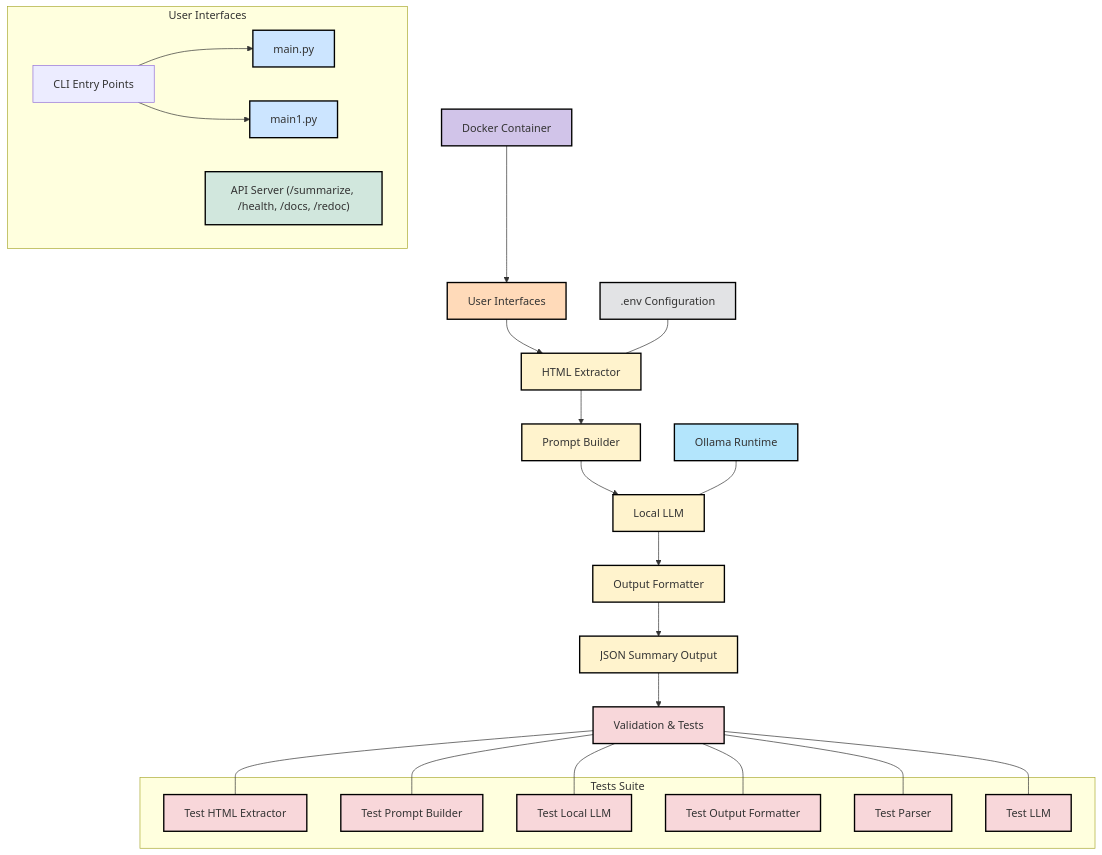
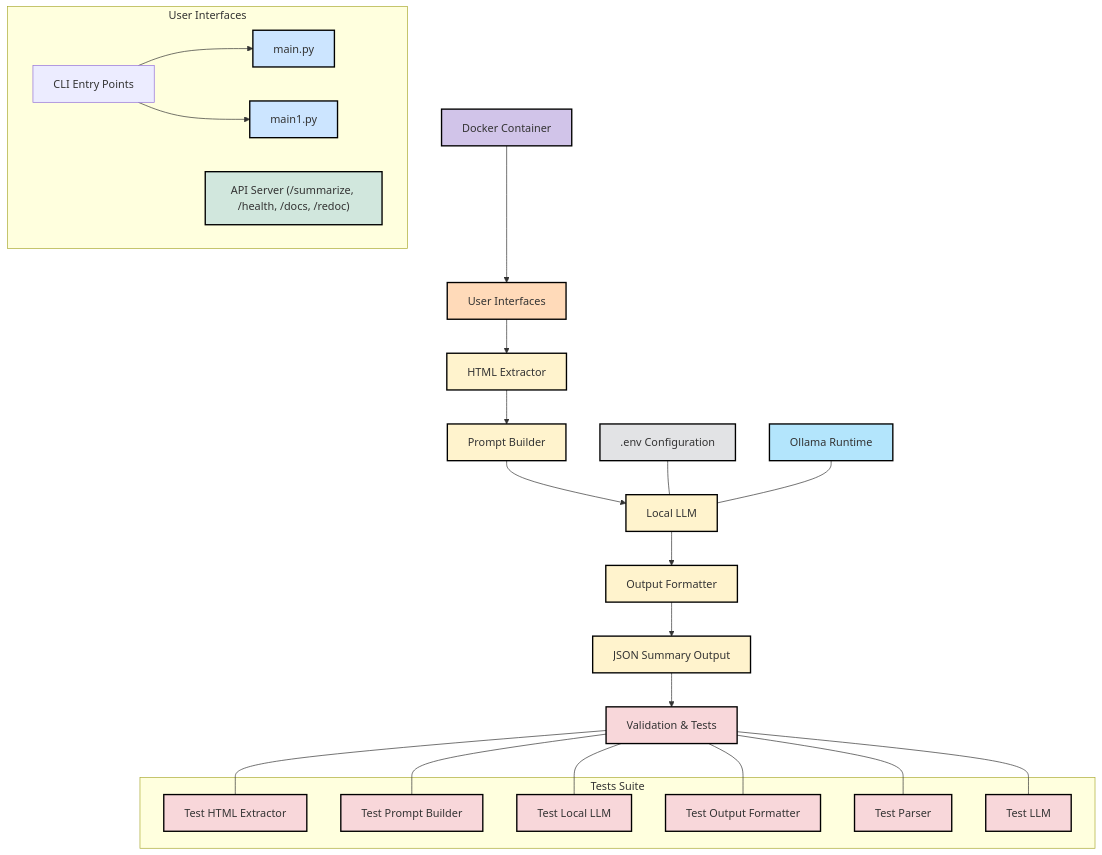
Before and after one commit to jeff14994/summary-LLM: the diagram in README.md, drawn with Mermaid.

````diff
--- a/README.md
+++ b/README.md
@@ -16,73 +16,73 @@
 ```mermaid
 flowchart TD
     A["Docker Container"]:::docker
     A --> B["User Interfaces"]:::interface
 
     subgraph "User Interfaces"
         B1["CLI Entry Points"]
         C["main.py"]:::cli
         C2["main1.py"]:::cli
         B1 --> C
         B1 --> C2
         B2["API Server (/summarize, /health, /docs, /redoc)"]:::api
     end
 
     %% Both CLI and API trigger the summarization pipeline
     B --> D["HTML Extractor"]:::module
     D --> E["Prompt Builder"]:::module
     E --> F["Local LLM"]:::module
     F --> G["Output Formatter"]:::module
     G --> H["JSON Summary Output"]:::module
 
     %% Configuration node
     O[".env Configuration"]:::config
-    O --- D
+    O --- F
 
     %% External dependency: Ollama Runtime
     R["Ollama Runtime"]:::external
     R --- F
 
     %% Testing Suite subgraph
     subgraph "Tests Suite"
         T1["Test HTML Extractor"]:::testing
         T2["Test Prompt Builder"]:::testing
         T3["Test Local LLM"]:::testing
         T4["Test Output Formatter"]:::testing
         T5["Test Parser"]:::testing
         T6["Test LLM"]:::testing
     end
     H --> I["Validation & Tests"]:::testing
     I --- T1
     I --- T2
     I --- T3
     I --- T4
     I --- T5
     I --- T6
 
     %% Click Events
     click D "https://github.com/jeff14994/summary-llm/blob/main/summarizer/html_extractor.py"
     click E "https://github.com/jeff14994/summary-llm/blob/main/summarizer/prompt_builder.py"
     click F "https://github.com/jeff14994/summary-llm/blob/main/summarizer/local_llm.py"
     click G "https://github.com/jeff14994/summary-llm/blob/main/summarizer/output_formatter.py"
     click C "https://github.com/jeff14994/summary-llm/blob/main/main.py"
     click C2 "https://github.com/jeff14994/summary-llm/blob/main/main1.py"
     click B2 "https://github.com/jeff14994/summary-llm/blob/main/api_server.py"
     click O "https://github.com/jeff14994/summary-llm/blob/main/.env"
     click T1 "https://github.com/jeff14994/summary-llm/blob/main/tests/test_html_extractor.py"
     click T2 "https://github.com/jeff14994/summary-llm/blob/main/tests/test_prompt_builder.py"
     click T3 "https://github.com/jeff14994/summary-llm/blob/main/tests/test_local_llm.py"
     click T4 "https://github.com/jeff14994/summary-llm/blob/main/tests/test_output_formatter.py"
     click T5 "https://github.com/jeff14994/summary-llm/blob/main/tests/test_parser.py"
     click T6 "https://github.com/jeff14994/summary-llm/blob/main/tests/test_llm.py"
 
     %% Style Definitions
     classDef docker fill:#D1C4E9,stroke:#000,stroke-width:2px;
     classDef interface fill:#FFDAB9,stroke:#000,stroke-width:2px;
     classDef cli fill:#CCE5FF,stroke:#000,stroke-width:2px;
     classDef api fill:#D1E7DD,stroke:#000,stroke-width:2px;
     classDef module fill:#FFF3CD,stroke:#000,stroke-width:2px;
     classDef config fill:#E2E3E5,stroke:#000,stroke-width:2px;
     classDef external fill:#B3E5FC,stroke:#000,stroke-width:2px;
     classDef testing fill:#F8D7DA,stroke:#000,stroke-width:2px;
 
 ```
````
